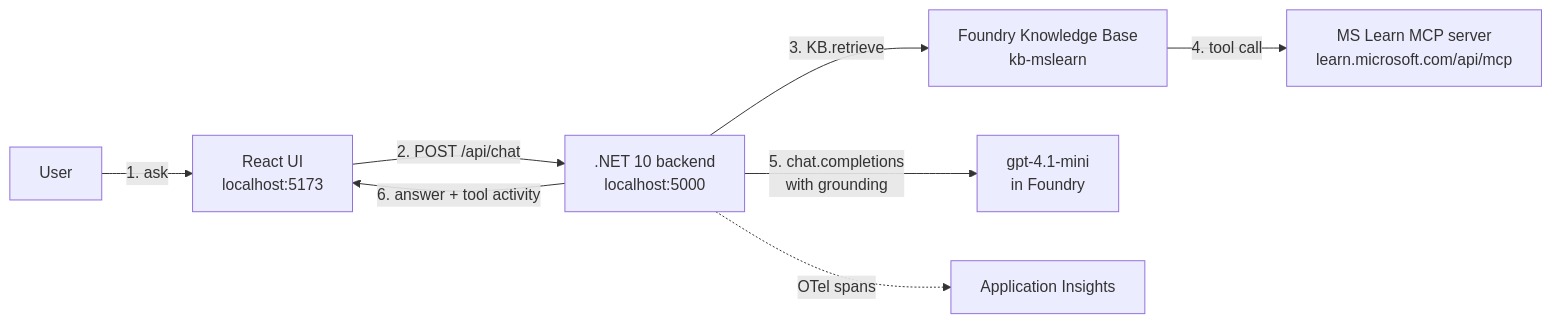
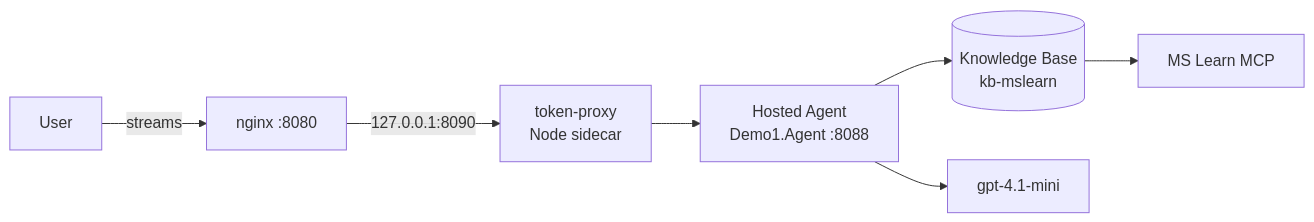
The diagram in README.md (michaelsrichter/nasuni-azure-assistant), drawn with Mermaid before and after one commit. The commit also changed other lines of this file and 22 other files, not shown here.

````diff
--- a/README.md
+++ b/README.md
@@ -9,10 +9,9 @@
 ```mermaid
 flowchart LR
-    U[User] -->|1. ask| RUI[React UI<br/>localhost:5173]
-    RUI -->|2. POST /api/chat| BE[.NET 10 backend<br/>localhost:5000]
-    BE -->|3. KB.retrieve| KB[Foundry Knowledge Base<br/>kb-mslearn]
-    KB -->|4. tool call| MCP[MS Learn MCP server<br/>learn.microsoft.com/api/mcp]
-    BE -->|5. chat.completions<br/>with grounding| MODEL[gpt-4.1-mini<br/>in Foundry]
-    BE -->|6. answer + tool activity| RUI
-    BE -.OTel spans.-> AI[Application Insights]
+    U[User] -->|streams| NGX[nginx :8080]
+    NGX -- 127.0.0.1:8090 --> PRX[token-proxy<br/>Node sidecar]
+    PRX --> AG[Hosted Agent<br/>Demo1.Agent :8088]
+    AG --> KB[(Knowledge Base<br/>kb-mslearn)]
+    KB --> MCP[MS Learn MCP]
+    AG --> M[gpt-4.1-mini]
 ```
````
